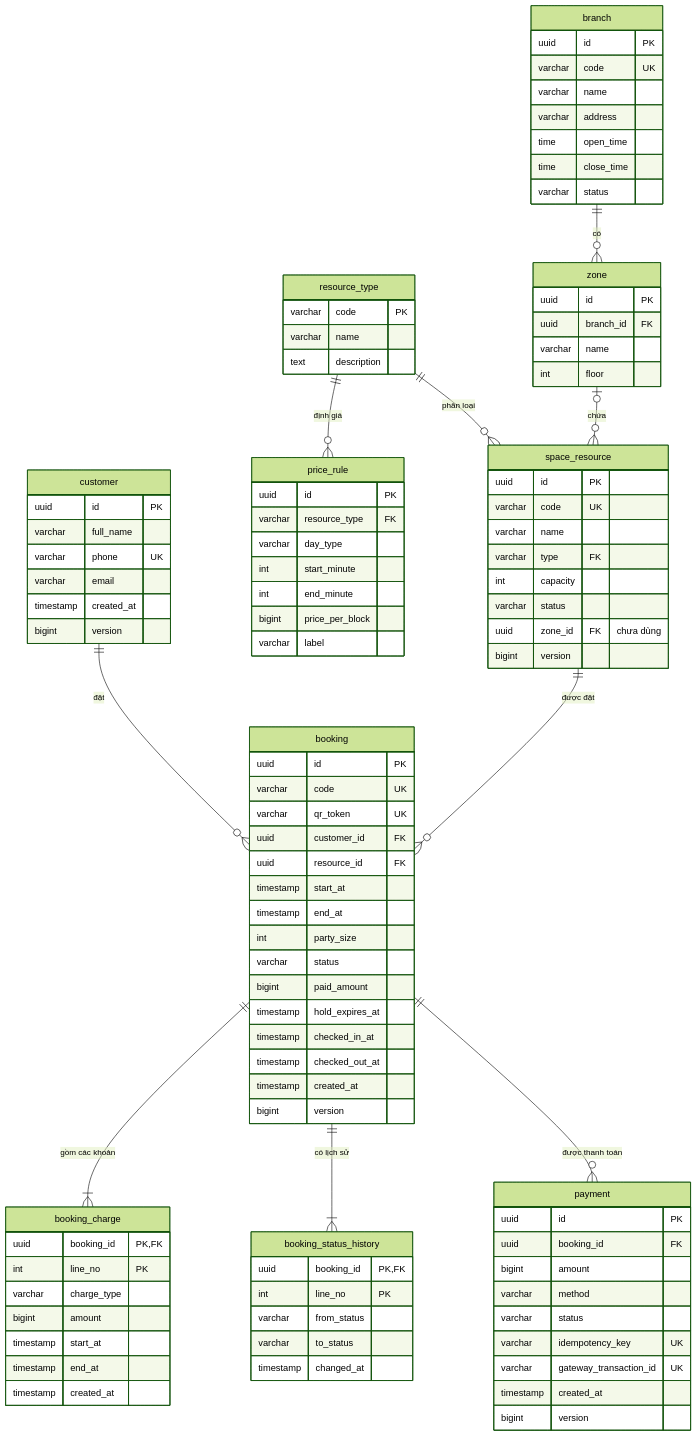
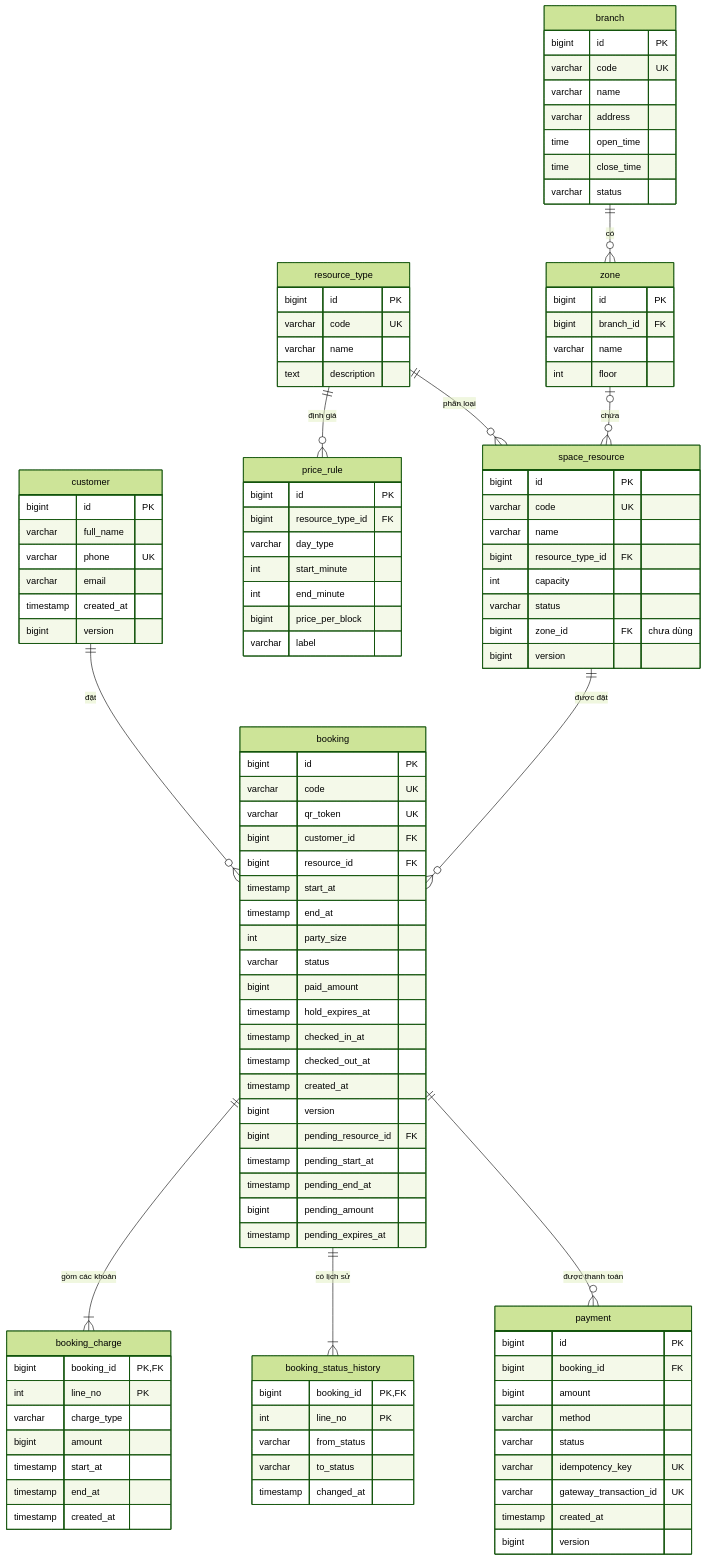
One commit to huydao123-tech/Kien-Nest-Working-Space changed the first of 2 diagrams in docs/database.md. Above: the diagram before and after it, drawn with Mermaid (forest theme). The commit also changed other lines of this file and 202 other files, not shown here.

```diff
--- a/docs/database.md
+++ b/docs/database.md
@@ -97,12 +99,13 @@
     booking ||--o{ payment : "được thanh toán"
 
     resource_type {
-        varchar code PK
+        bigint id PK
+        varchar code UK
         varchar name
         text description
     }
     branch {
-        uuid id PK
+        bigint id PK
         varchar code UK
         varchar name
         varchar address
@@ -111,24 +114,24 @@
         varchar status
     }
     zone {
-        uuid id PK
-        uuid branch_id FK
+        bigint id PK
+        bigint branch_id FK
         varchar name
         int floor
     }
     space_resource {
-        uuid id PK
+        bigint id PK
         varchar code UK
         varchar name
-        varchar type FK
+        bigint resource_type_id FK
         int capacity
         varchar status
-        uuid zone_id FK "chưa dùng"
+        bigint zone_id FK "chưa dùng"
         bigint version
     }
     price_rule {
-        uuid id PK
-        varchar resource_type FK
+        bigint id PK
+        bigint resource_type_id FK
         varchar day_type
         int start_minute
         int end_minute
@@ -136,7 +139,7 @@
         varchar label
     }
     customer {
-        uuid id PK
+        bigint id PK
         varchar full_name
         varchar phone UK
         varchar email
@@ -144,11 +147,11 @@
         bigint version
     }
     booking {
-        uuid id PK
+        bigint id PK
         varchar code UK
         varchar qr_token UK
-        uuid customer_id FK
-        uuid resource_id FK
+        bigint customer_id FK
+        bigint resource_id FK
         timestamp start_at
         timestamp end_at
         int party_size
@@ -159,9 +162,14 @@
         timestamp checked_out_at
         timestamp created_at
         bigint version
+        bigint pending_resource_id FK
+        timestamp pending_start_at
+        timestamp pending_end_at
+        bigint pending_amount
+        timestamp pending_expires_at
     }
     booking_charge {
-        uuid booking_id PK, FK
+        bigint booking_id PK, FK
         int line_no PK
         varchar charge_type
         bigint amount
@@ -170,15 +178,15 @@
         timestamp created_at
     }
     booking_status_history {
-        uuid booking_id PK, FK
+        bigint booking_id PK, FK
         int line_no PK
         varchar from_status
         varchar to_status
         timestamp changed_at
     }
     payment {
-        uuid id PK
-        uuid booking_id FK
+        bigint id PK
+        bigint booking_id FK
         bigint amount
         varchar method
         varchar status
```
